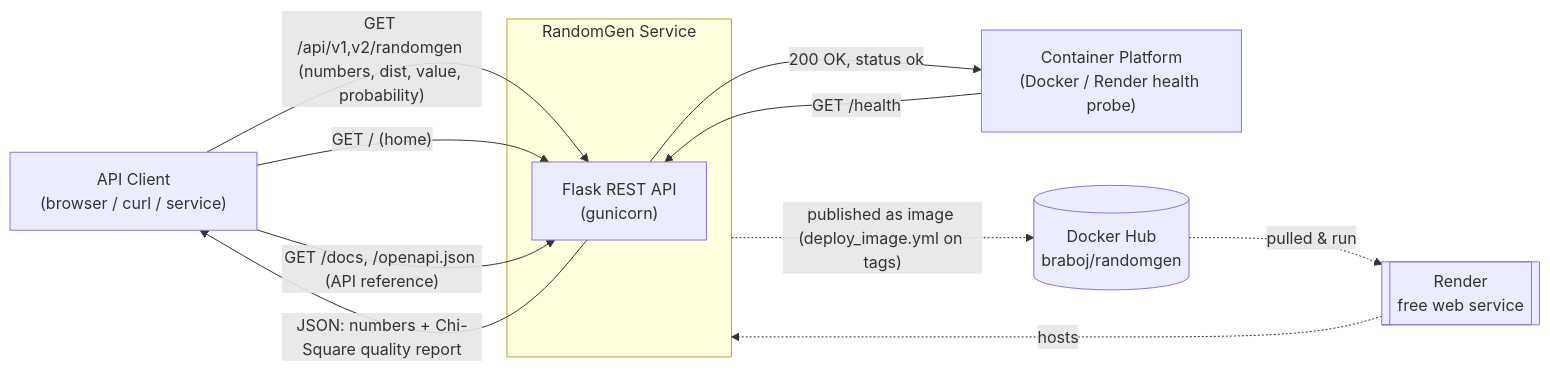
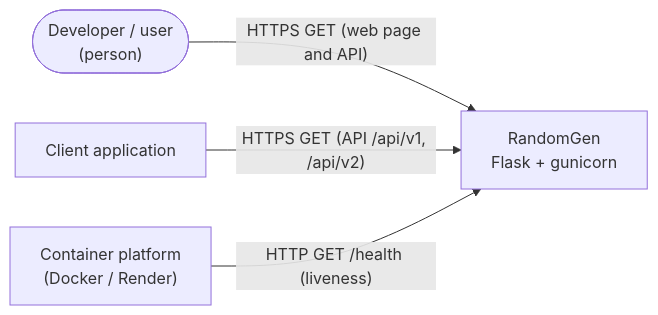
The second of 2 diagrams in docs/arc42/03-context-and-scope.md (braboj/demo-randomgen), drawn with Mermaid before and after one commit. The commit also changed other lines of this file and 11 other files, not shown here.

First line of the commit message:
docs(arc42): readability rewrite of §1–§3 + retire rest_api.md for the OpenAPI spec (#122)

````diff
--- a/docs/arc42/03-context-and-scope.md
+++ b/docs/arc42/03-context-and-scope.md
@@ -17,23 +35,11 @@
 ```mermaid
 flowchart LR
-    client["API Client<br/>(browser / curl / service)"]
-    platform["Container Platform<br/>(Docker / Render health probe)"]
+    user(["Developer / user<br/>(person)"])
+    client["Client application"]
+    platform["Container platform<br/>(Docker / Render)"]
+    rg["RandomGen<br/>Flask + gunicorn"]
 
-    subgraph sys["RandomGen Service"]
-        api["Flask REST API<br/>(gunicorn)"]
-    end
-
-    client -->|"GET /api/v1,v2/randomgen (numbers, dist, value, probability)"| api
-    api -->|"JSON: numbers + Chi-Square quality report"| client
-    client -->|"GET / (home)"| api
-    client -->|"GET /docs, /openapi.json (API reference)"| api
-    platform -->|"GET /health"| api
-    api -->|"200 OK, status ok"| platform
-
-    %% Build/deploy targets (not runtime callers)
-    dockerhub[("Docker Hub<br/>braboj/randomgen")]
-    render[["Render<br/>free web service"]]
-    sys -. "published as image (deploy_image.yml on tags)" .-> dockerhub
-    dockerhub -. "pulled & run" .-> render
-    render -. "hosts" .-> sys
+    user -->|"HTTPS GET (web page and API)"| rg
+    client -->|"HTTPS GET (API /api/v1, /api/v2)"| rg
+    platform -->|"HTTP GET /health (liveness)"| rg
 ```
````
